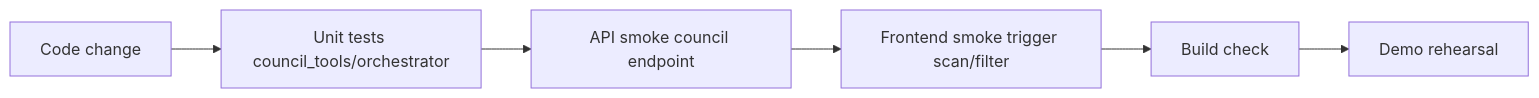
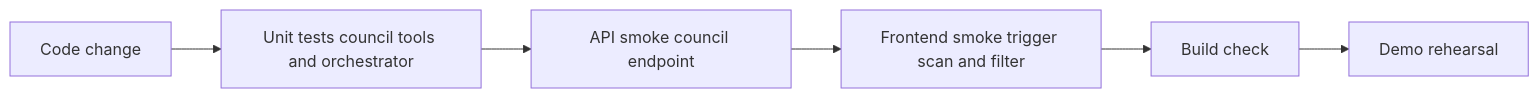
Before and after one commit to Procoderdata/hackathonvodich: the fifth of 5 diagrams in SYSTEM_PIPELINE.md, drawn with Mermaid. The commit also changed other lines of this file and 1 other file, not shown here.

Commit message:
docs: normalize all Mermaid labels to parser-safe convention

````diff
--- a/SYSTEM_PIPELINE.md
+++ b/SYSTEM_PIPELINE.md
@@ -109,8 +109,8 @@
 ```mermaid
 flowchart LR
-    C1[Code change] --> C2[Unit tests council_tools/orchestrator]
+    C1[Code change] --> C2[Unit tests council tools and orchestrator]
     C2 --> C3[API smoke council endpoint]
-    C3 --> C4[Frontend smoke trigger scan/filter]
+    C3 --> C4[Frontend smoke trigger scan and filter]
     C4 --> C5[Build check]
     C5 --> C6[Demo rehearsal]
 ```
````
